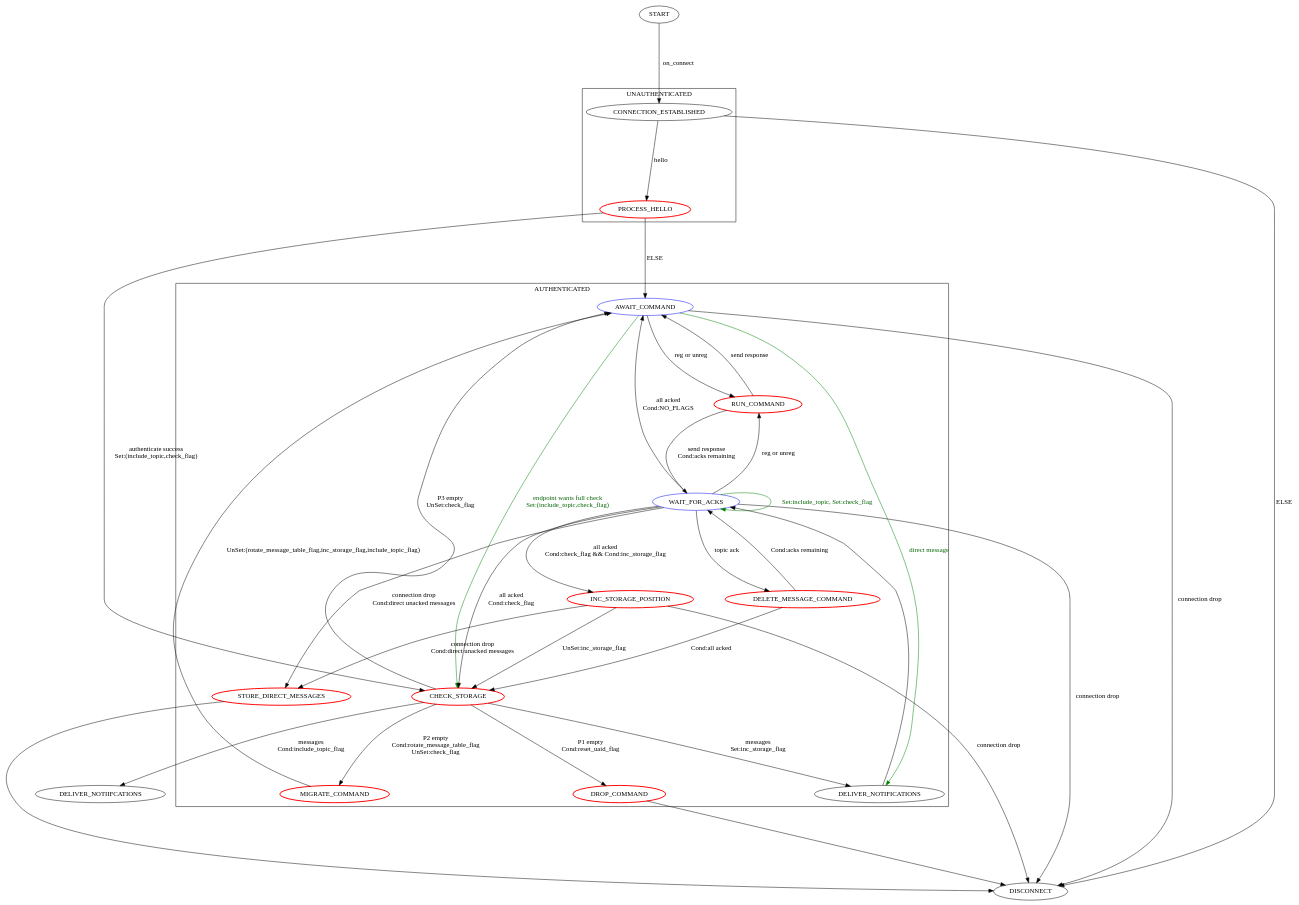
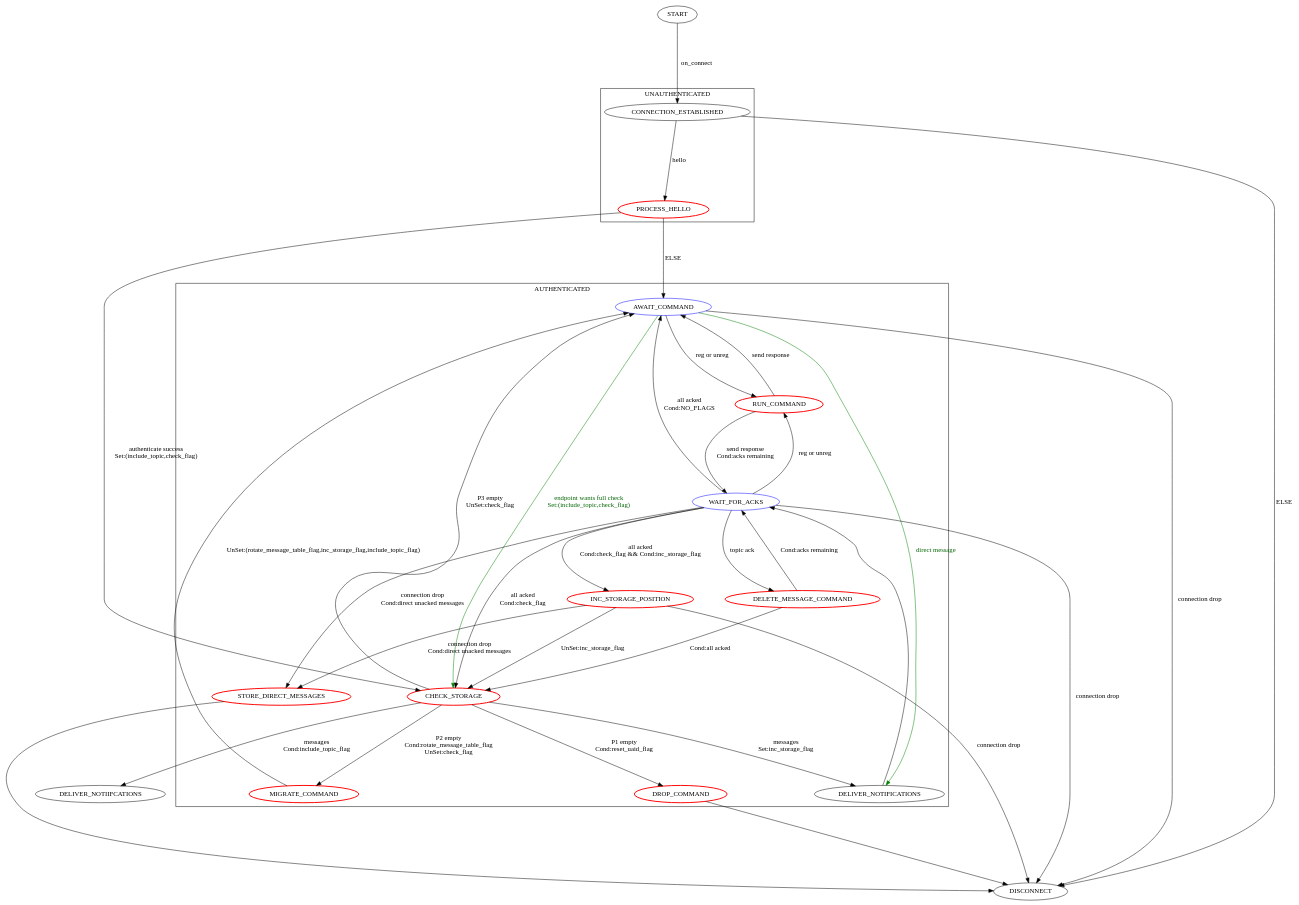
Before and after one commit to mozilla-services/autopush: the diagram in states.dot, drawn with Graphviz. The commit also changed 5 other files, not shown here.

```diff
--- a/states.dot
+++ b/states.dot
@@ -1,75 +1,74 @@
 digraph g{
     ranksep="1.7 equally"
     nodesep="0.9 equally"
 
     START -> CONNECTION_ESTABLISHED [label="on_connect"];
 
     subgraph level0 {
         DISCONNECT;
     }
 
     subgraph cluster_unauthenticated {
         label = "UNAUTHENTICATED";
         PROCESS_HELLO [ color = "red", penwidth = 2];
         CONNECTION_ESTABLISHED;
         PROCESS_HELLO;
     }
 
     subgraph cluster_authenticated {
         label = "AUTHENTICATED";
         AWAIT_COMMAND [ color = "blue"];
         RUN_COMMAND;
         WAIT_FOR_ACKS [ color = "blue"];
         DELIVER_NOTIFICATIONS;
         INC_STORAGE_POSITION [ color = "red", penwidth = 2];
         STORE_DIRECT_MESSAGES [ color = "red", penwidth = 2];
         CHECK_STORAGE [ color = "red", penwidth = 2];
         RUN_COMMAND [ color = "red", penwidth = 2];
         MIGRATE_COMMAND [ color = "red", penwidth = 2];
         DROP_COMMAND [ color = "red", penwidth = 2];
         DELETE_MESSAGE_COMMAND [ color = "red", penwidth = 2];
     }
 
     CHECK_STORAGE -> DELIVER_NOTIIFCATIONS [label="messages \n Cond:include_topic_flag"];
     CHECK_STORAGE -> DELIVER_NOTIFICATIONS [label="messages \n Set:inc_storage_flag"];
     CHECK_STORAGE -> DROP_COMMAND [label="P1 empty\n Cond:reset_uaid_flag"];
     CHECK_STORAGE -> MIGRATE_COMMAND [label="P2 empty\n Cond:rotate_message_table_flag\n UnSet:check_flag"];
     CHECK_STORAGE -> AWAIT_COMMAND [label="P3 empty\n UnSet:check_flag"];
 
     MIGRATE_COMMAND -> AWAIT_COMMAND [label="UnSet:(rotate_message_table_flag,inc_storage_flag,include_topic_flag)"];
     DROP_COMMAND -> DISCONNECT;
 
     DELIVER_NOTIFICATIONS -> WAIT_FOR_ACKS;
 
     DELETE_MESSAGE_COMMAND -> WAIT_FOR_ACKS [label="Cond:acks remaining"];
     DELETE_MESSAGE_COMMAND -> CHECK_STORAGE [label="Cond:all acked"];
 
     WAIT_FOR_ACKS -> DELETE_MESSAGE_COMMAND [label="topic ack"];
     WAIT_FOR_ACKS -> INC_STORAGE_POSITION [label="all acked \n Cond:check_flag && Cond:inc_storage_flag"];
     WAIT_FOR_ACKS -> CHECK_STORAGE [label="all acked \n Cond:check_flag"];
     WAIT_FOR_ACKS -> AWAIT_COMMAND [label="all acked \n Cond:NO_FLAGS"];
     WAIT_FOR_ACKS -> RUN_COMMAND [label="reg or unreg"];
     WAIT_FOR_ACKS -> DISCONNECT [label="connection drop"];
-    WAIT_FOR_ACKS -> WAIT_FOR_ACKS [label="Set:include_topic, Set:check_flag", fontcolor="darkgreen", color="green"];
     WAIT_FOR_ACKS -> STORE_DIRECT_MESSAGES [label="connection drop \n Cond:direct unacked messages"];
 
     INC_STORAGE_POSITION -> CHECK_STORAGE [label="UnSet:inc_storage_flag"];
     INC_STORAGE_POSITION -> STORE_DIRECT_MESSAGES [label="connection drop \n Cond:direct unacked messages"];
     INC_STORAGE_POSITION -> DISCONNECT [label="connection drop"];
 
     AWAIT_COMMAND -> CHECK_STORAGE [label="endpoint wants full check \nSet:(include_topic,check_flag)", fontcolor="darkgreen", color="green"];
     AWAIT_COMMAND -> RUN_COMMAND [label="reg or unreg"];
     AWAIT_COMMAND -> DISCONNECT [label="connection drop"];
     AWAIT_COMMAND -> DELIVER_NOTIFICATIONS [label="direct message", fontcolor="darkgreen", color="green"];
 
     STORE_DIRECT_MESSAGES -> DISCONNECT;
 
     RUN_COMMAND -> AWAIT_COMMAND [label="send response"];
     RUN_COMMAND -> WAIT_FOR_ACKS [label="send response \n Cond:acks remaining"];
 
     CONNECTION_ESTABLISHED -> PROCESS_HELLO [label="hello"];
     CONNECTION_ESTABLISHED -> DISCONNECT [label="ELSE"];
 
     PROCESS_HELLO -> CHECK_STORAGE [label="authenticate success \n Set:(include_topic,check_flag)"];
     PROCESS_HELLO -> AWAIT_COMMAND [label="ELSE"];
 }
```
